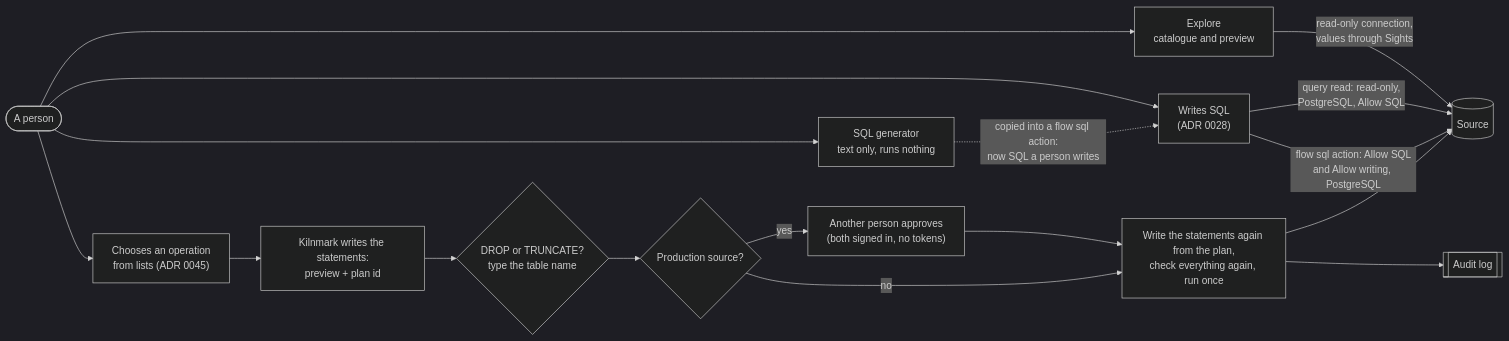
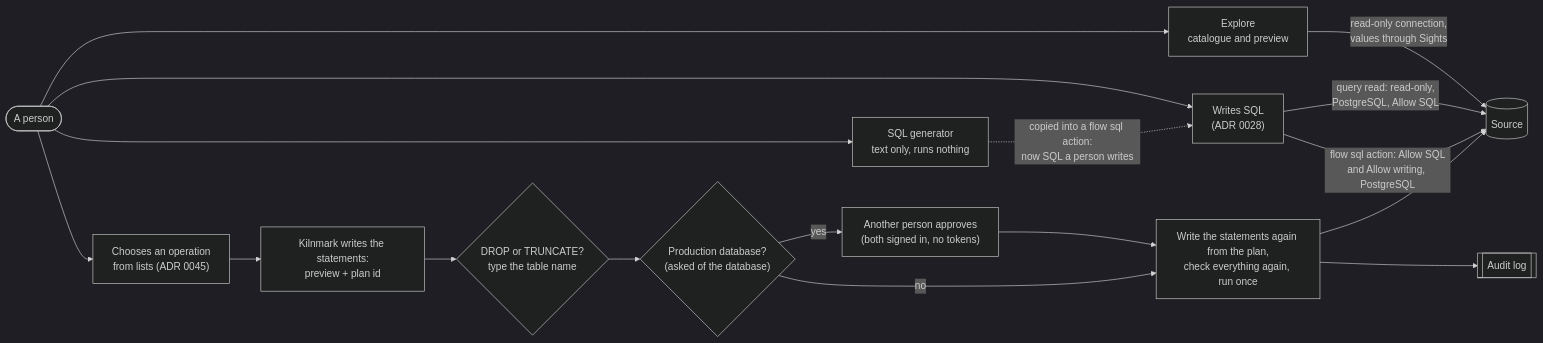
The diagram in docs/adr/0045-database-tools.md (jporeilly/KilnMark), drawn with Mermaid (dark theme) before and after one commit. The commit also changed other lines of this file and 3 other files, not shown here.

First line of the commit message:
ADR 0045: second review - Production asked of the database itself

````diff
--- a/docs/adr/0045-database-tools.md
+++ b/docs/adr/0045-database-tools.md
@@ -230,18 +264,18 @@
 ```mermaid
 flowchart LR
   P(["A person"]) --> Q["Explore<br/>catalogue and preview"]
   P --> G["SQL generator<br/>text only, runs nothing"]
   P --> W["Writes SQL<br/>(ADR 0028)"]
   P --> O["Chooses an operation<br/>from lists (ADR 0045)"]
   Q -->|"read-only connection,<br/>values through Sights"| DB[("Source")]
   W -->|"query read: read-only,<br/>PostgreSQL, Allow SQL"| DB
   W -->|"flow sql action: Allow SQL<br/>and Allow writing, PostgreSQL"| DB
   O --> PV["Kilnmark writes the statements:<br/>preview + plan id"]
   PV --> C{"DROP or TRUNCATE?<br/>type the table name"}
-  C --> PR{"Production source?"}
+  C --> PR{"Production database?<br/>(asked of the database)"}
   PR -- "yes" --> AP["Another person approves<br/>(both signed in, no tokens)"] --> RUN
   PR -- "no" --> RUN["Write the statements again from the plan,<br/>check everything again, run once"]
   RUN --> DB
   RUN --> AU[["Audit log"]]
   G -. "copied into a flow sql action:<br/>now SQL a person writes" .-> W
 ```
````
